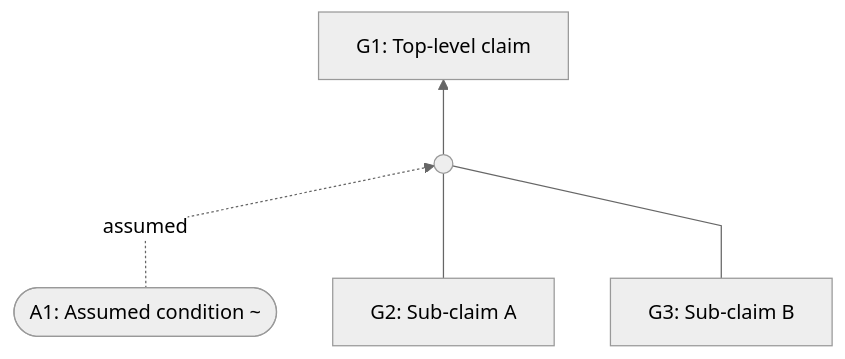
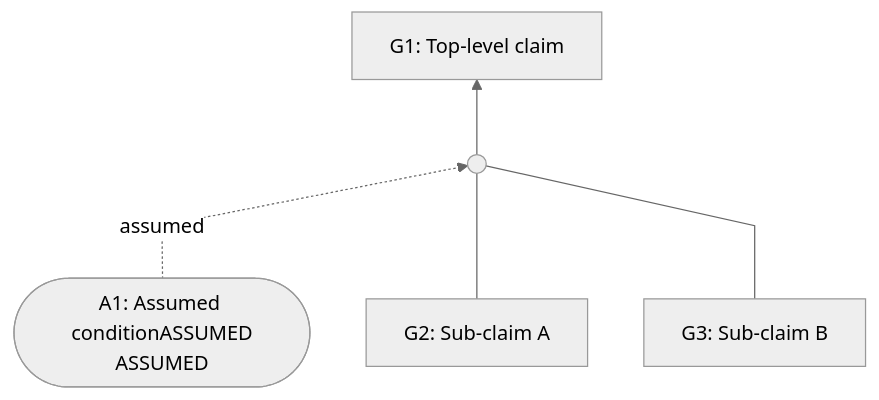
Diagram 18 of 20 in docs/sacm-mermaid.md (coreinfrastructure/best-practices-badge), drawn with Mermaid before and after one commit. The commit also changed other lines of this file, not shown here.

````diff
--- a/docs/sacm-mermaid.md
+++ b/docs/sacm-mermaid.md
@@ -1015,23 +991,23 @@
 ```mermaid
 ---
 config:
   theme: neutral
   flowchart:
     curve: linear
     htmlLabels: true
     rankSpacing: 60
     nodeSpacing: 45
     padding: 15
 ---
 flowchart BT
     G2["G2: Sub-claim A"]
     G3["G3: Sub-claim B"]
-    A1(["A1: Assumed condition ~"])
+    A1(["A1: Assumed conditionASSUMED<br>ASSUMED"])
     Inf1((" "))
     G1["G1: Top-level claim"]
 
     A1 -. "assumed" .-> Inf1
     G2 --- Inf1
     G3 --- Inf1
     Inf1 --> G1
 ```
````
